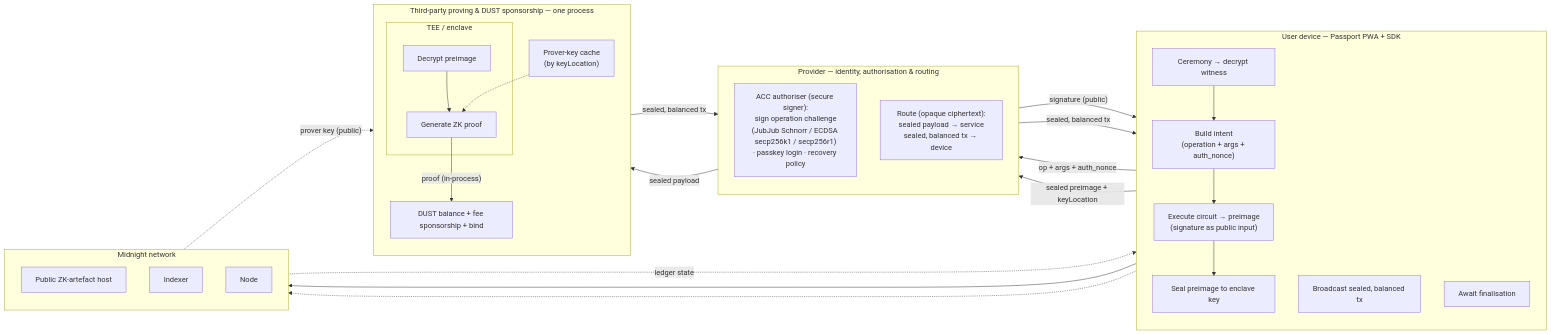
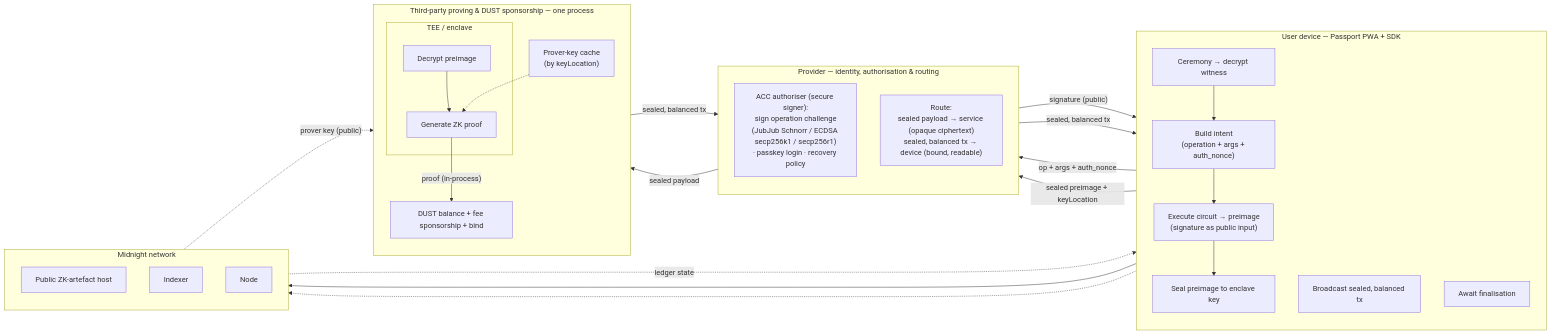
One commit to midnightntwrk/midnight-passport-sdk changed the first of 3 diagrams in docs/provider-integration.md. Above: the diagram before and after it, drawn with Mermaid. The commit also changed other lines of this file, not shown here.

````diff
--- a/docs/provider-integration.md
+++ b/docs/provider-integration.md
@@ -63,50 +74,50 @@
 ```mermaid
 flowchart LR
   subgraph DEVICE["User device — Passport PWA + SDK"]
     direction TB
     D1["Ceremony → decrypt witness"]
     DA["Build intent<br/>(operation + args + auth_nonce)"]
     D2["Execute circuit → preimage<br/>(signature as public input)"]
     D3["Seal preimage to enclave key"]
     D4["Broadcast sealed, balanced tx"]
     D5["Await finalisation"]
     D1 --> DA --> D2 --> D3
   end
 
   subgraph PROVIDER["Provider — identity, authorisation & routing"]
     direction TB
     AUTH["ACC authoriser (secure signer):<br/>sign operation challenge<br/>(JubJub Schnorr / ECDSA secp256k1 / secp256r1)<br/>· passkey login · recovery policy"]
-    ROUTE["Route (opaque ciphertext):<br/>sealed payload → service<br/>sealed, balanced tx → device"]
+    ROUTE["Route:<br/>sealed payload → service (opaque ciphertext)<br/>sealed, balanced tx → device (bound, readable)"]
   end
 
   subgraph SERVICE["Third-party proving & DUST sponsorship — one process"]
     direction TB
     subgraph ENCLAVE["TEE / enclave"]
       P1["Decrypt preimage"]
       P2["Generate ZK proof"]
       P1 --> P2
     end
     PK["Prover-key cache<br/>(by keyLocation)"]
     CU["DUST balance + fee sponsorship + bind"]
     PK -.-> P2
     P2 -->|"proof (in-process)"| CU
   end
 
   subgraph NETWORK["Midnight network"]
     direction TB
     AH["Public ZK-artefact host"]
     IX["Indexer"]
     ND["Node"]
   end
 
   DA -->|"op + args + auth_nonce"| AUTH
   AUTH -->|"signature (public)"| D2
   D3 -->|"sealed preimage + keyLocation"| ROUTE
   ROUTE -->|"sealed payload"| P1
   CU -->|"sealed, balanced tx"| ROUTE
   ROUTE -->|"sealed, balanced tx"| D4
   AH -.->|"prover key (public)"| PK
   D4 --> ND
   IX -.->|"ledger state"| D2
   D5 -.-> IX
 ```
````
